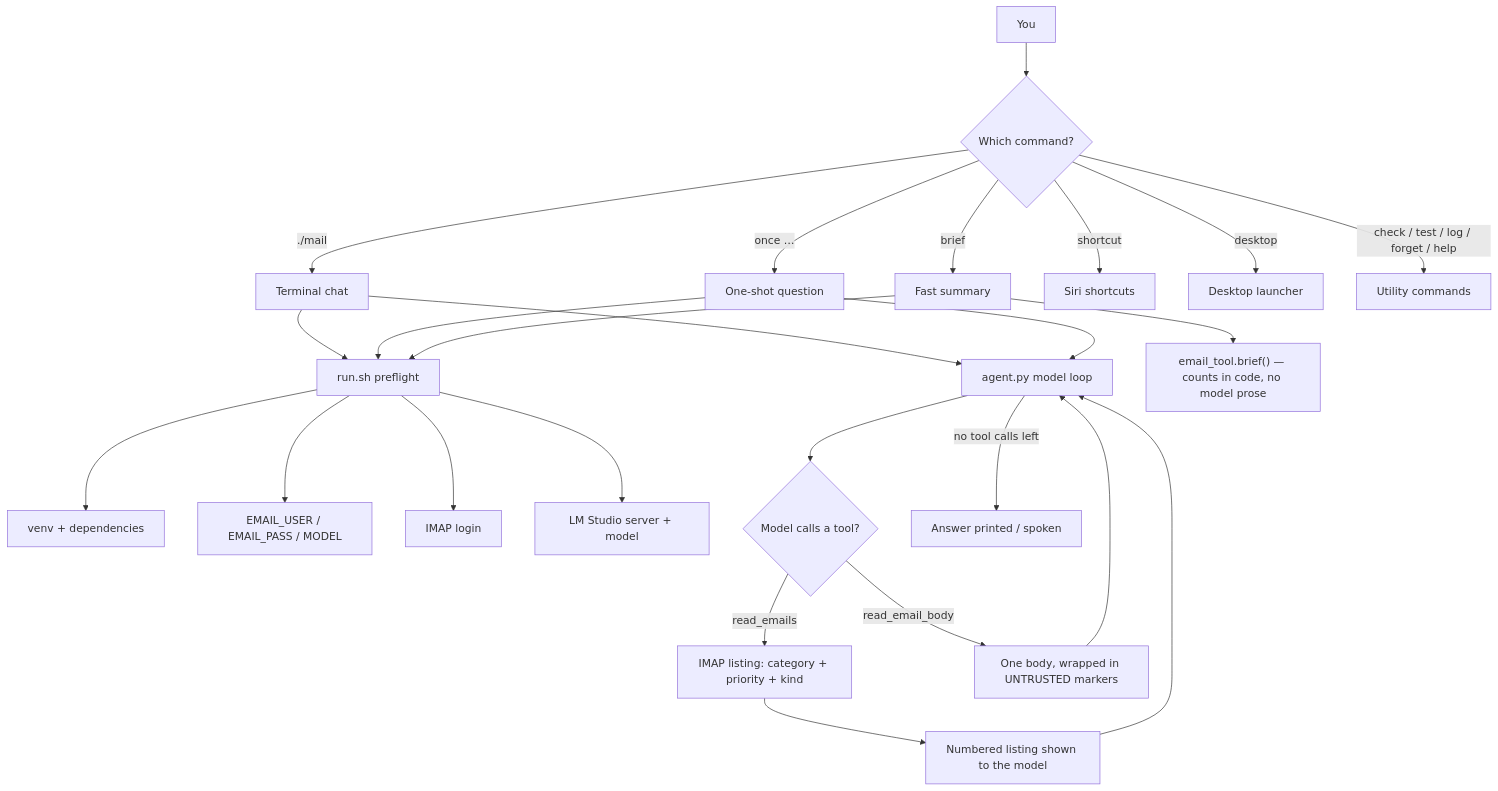
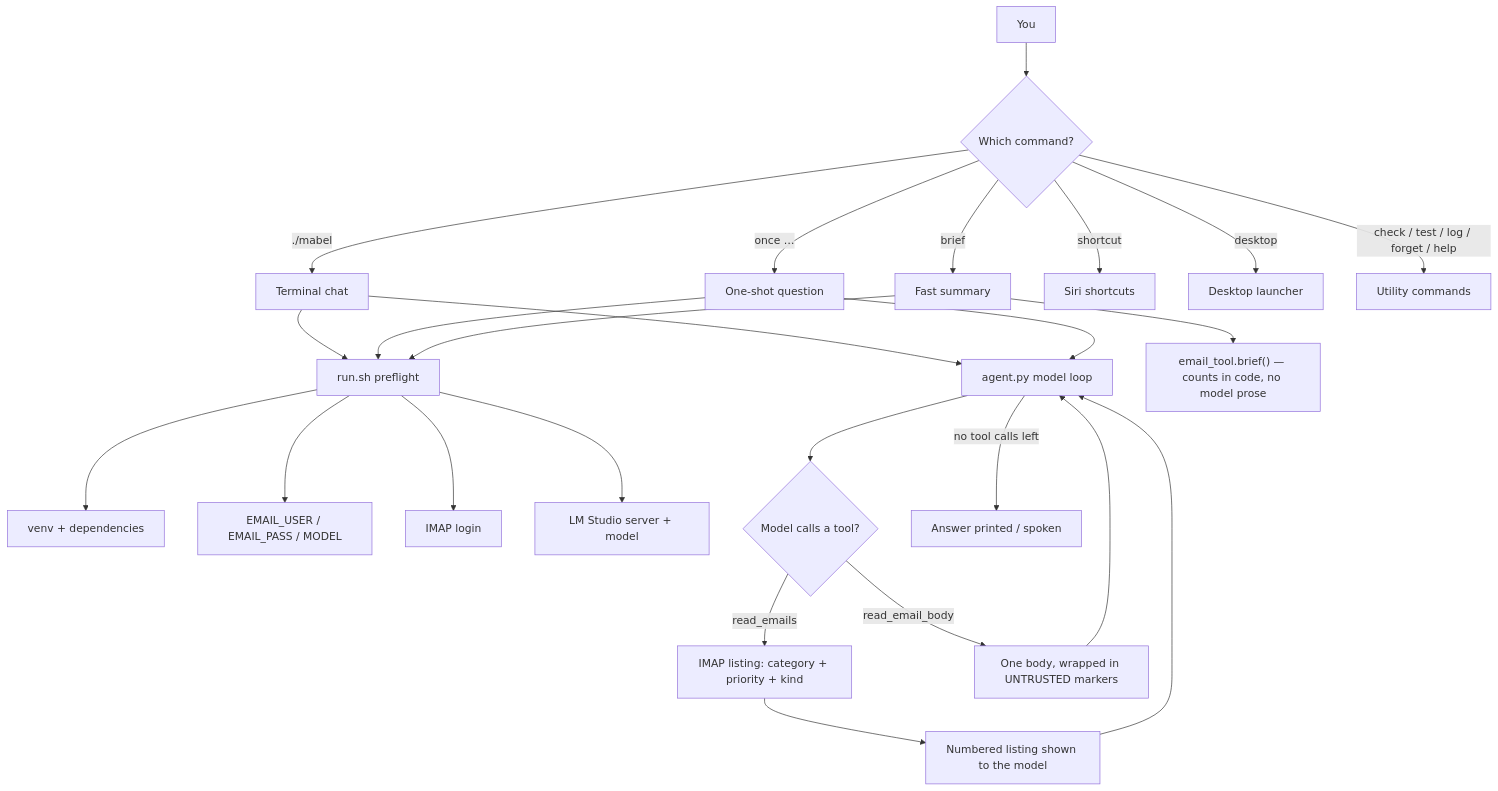
The first of 3 diagrams in FEATURES.md (DharaniGuda-2002/email-classification-agent), drawn with Mermaid before and after one commit. The commit also changed other lines of this file and 10 other files, not shown here.

````diff
--- a/FEATURES.md
+++ b/FEATURES.md
@@ -40,30 +40,30 @@
 ```mermaid
 flowchart TD
     A["You"] --> B{"Which command?"}
-    B -->|"./mail"| C["Terminal chat"]
+    B -->|"./mabel"| C["Terminal chat"]
     B -->|"brief"| D["Fast summary"]
     B -->|"once …"| E["One-shot question"]
     B -->|"shortcut"| G["Siri shortcuts"]
     B -->|"desktop"| F["Desktop launcher"]
     B -->|"check / test / log / forget / help"| H["Utility commands"]
 
     C --> P["run.sh preflight"]
     E --> P
     D --> P
     P --> Q["venv + dependencies"]
     P --> R["EMAIL_USER / EMAIL_PASS / MODEL"]
     P --> S["IMAP login"]
     P --> T["LM Studio server + model"]
 
     C --> M["agent.py model loop"]
     E --> M
     D --> U["email_tool.brief() — counts in code, no model prose"]
 
     M --> O{"Model calls a tool?"}
     O -->|"read_emails"| V["IMAP listing: category + priority + kind"]
     O -->|"read_email_body"| W["One body, wrapped in UNTRUSTED markers"]
     V --> S2["Numbered listing shown to the model"]
     S2 --> M
     W --> M
     M -->|"no tool calls left"| X["Answer printed / spoken"]
 ```
````
